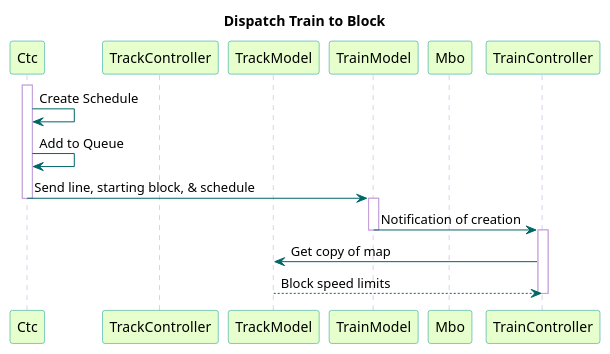
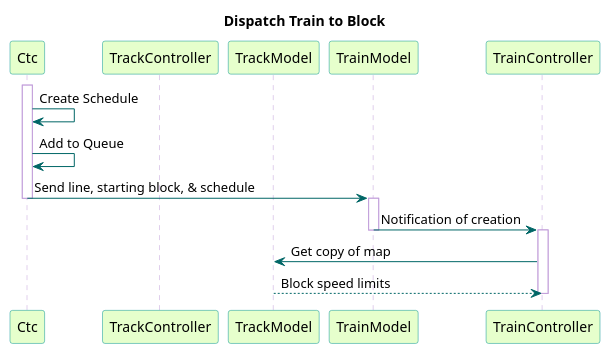
The diagram in TrainSystem/yUML/Sequence Diagrams/Overall/DispatchTrain.pu (kevingilboy/COE1186), drawn with PlantUML before and after one commit. The commit also changed 2 other files, not shown here.

Commit message:
Overall UML stuff

```diff
--- a/TrainSystem/yUML/Sequence Diagrams/Overall/DispatchTrain.pu
+++ b/TrainSystem/yUML/Sequence Diagrams/Overall/DispatchTrain.pu
@@ -1,35 +1,34 @@
 @startuml
 
 title Dispatch Train to Block
 
 skinparam sequence {
   BackgroundColor transparent
   ParticipantBackgroundColor #e6ffcc
   ParticipantBorderColor 	#049595
   PackageBorderCOlor  #049595
   ArrowColor #006666
   LifeLineBorderColor #c09cd9
 }
 
 participant Ctc
 participant TrackController
 participant TrackModel
 participant TrainModel
-participant Mbo
 
 activate Ctc
 Ctc -> Ctc : Create Schedule
 Ctc -> Ctc : Add to Queue
 Ctc -> TrainModel : Send line, starting block, & schedule
 deactivate Ctc
 
 activate TrainModel
 TrainModel -> TrainController : Notification of creation
 deactivate TrainModel
 
 activate TrainController
 TrainController -> TrackModel : Get copy of map
 TrackModel --> TrainController : Block speed limits
 deactivate TrainController
 
 @enduml
```
